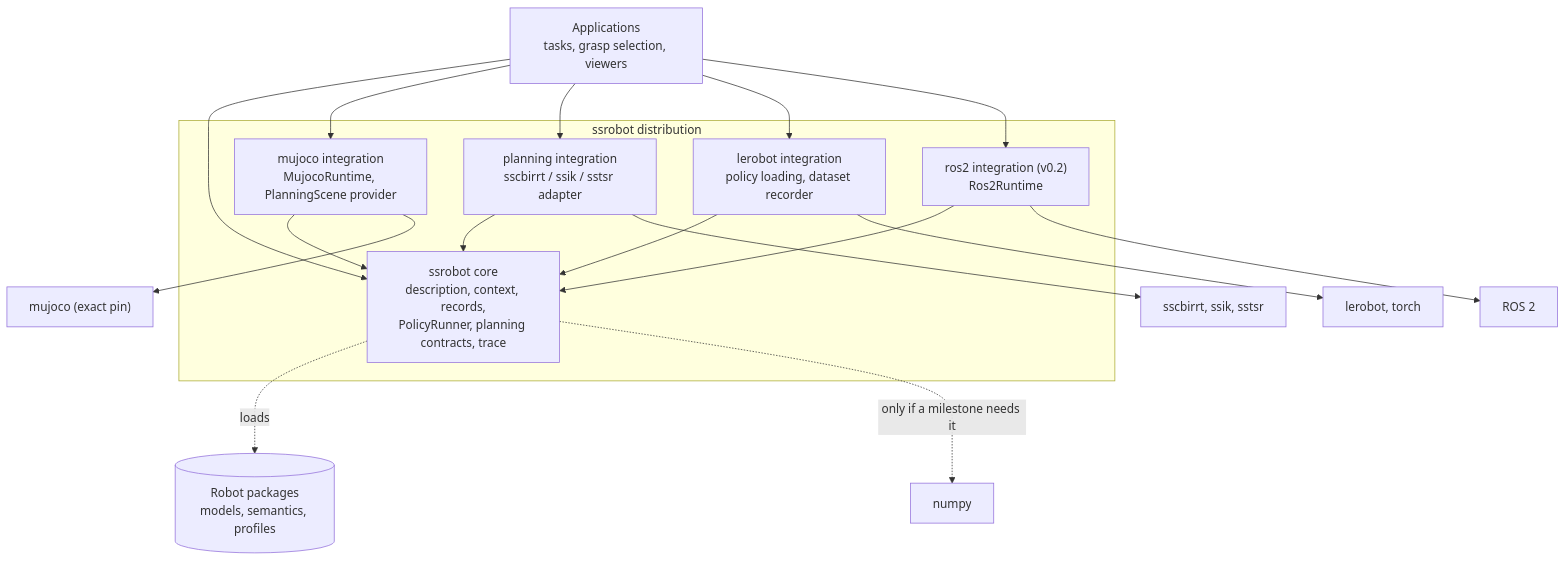
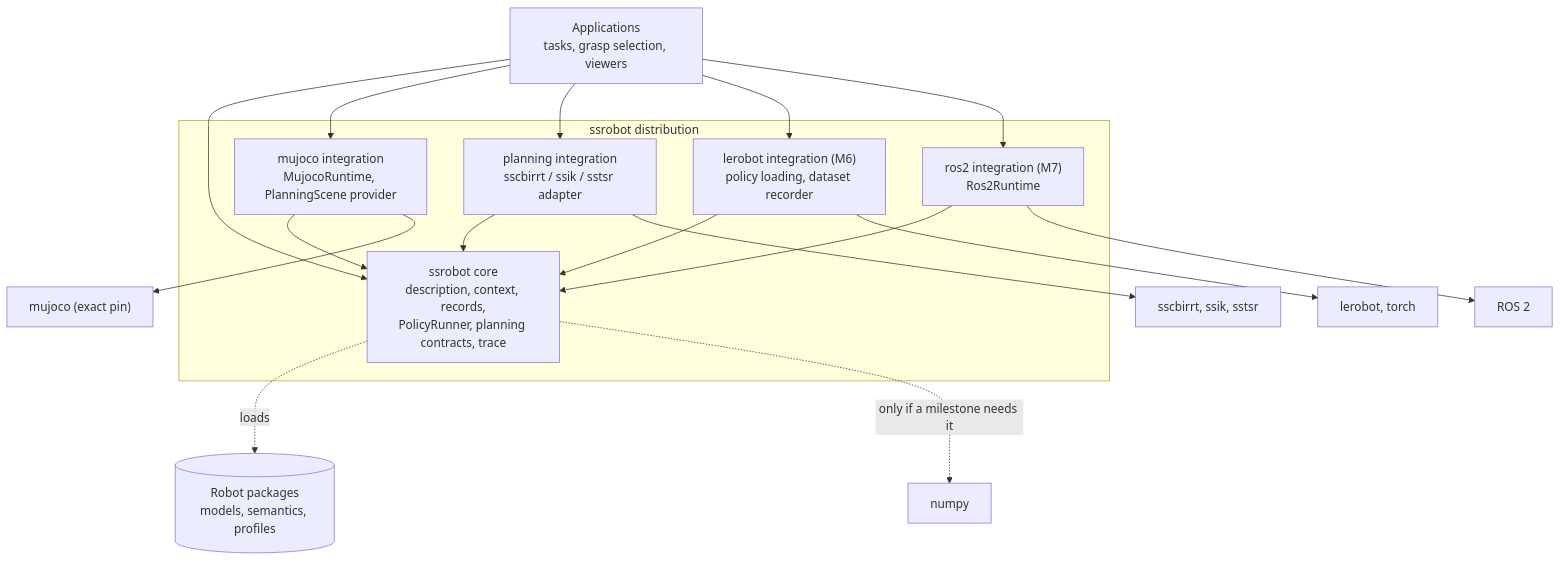
The diagram in docs/architecture.md (personalrobotics/ssrobot), drawn with Mermaid before and after one commit. The commit also changed other lines of this file and 2 other files, not shown here.

````diff
--- a/docs/architecture.md
+++ b/docs/architecture.md
@@ -143,27 +143,27 @@
 ```mermaid
 flowchart TD
     apps["Applications<br/>tasks, grasp selection, viewers"]
     pkgs[("Robot packages<br/>models, semantics, profiles")]
 
     subgraph dist["ssrobot distribution"]
         core["ssrobot core<br/>description, context, records,<br/>PolicyRunner, planning contracts, trace"]
         mj["mujoco integration<br/>MujocoRuntime, PlanningScene provider"]
         pl["planning integration<br/>sscbirrt / ssik / sstsr adapter"]
-        lr["lerobot integration<br/>policy loading, dataset recorder"]
-        ros["ros2 integration (v0.2)<br/>Ros2Runtime"]
+        lr["lerobot integration (M6)<br/>policy loading, dataset recorder"]
+        ros["ros2 integration (M7)<br/>Ros2Runtime"]
     end
 
     apps --> core
     apps --> mj & pl & lr & ros
     mj --> core
     pl --> core
     lr --> core
     ros --> core
     core -. loads .-> pkgs
 
     mj --> mujoco["mujoco (exact pin)"]
     pl --> planners["sscbirrt, ssik, sstsr"]
     lr --> learning["lerobot, torch"]
     ros --> rclpy["ROS 2"]
     core -. "only if a milestone needs it" .-> numpy["numpy"]
 ```
````
